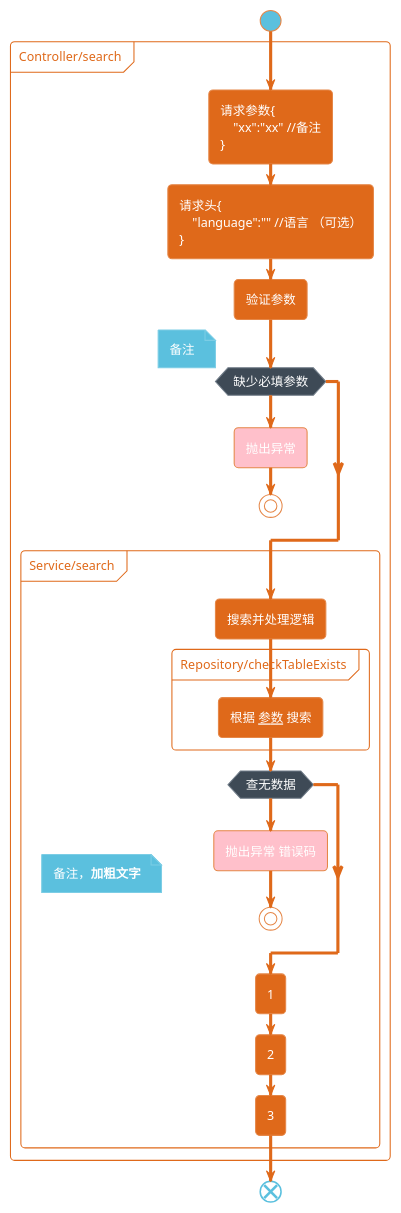
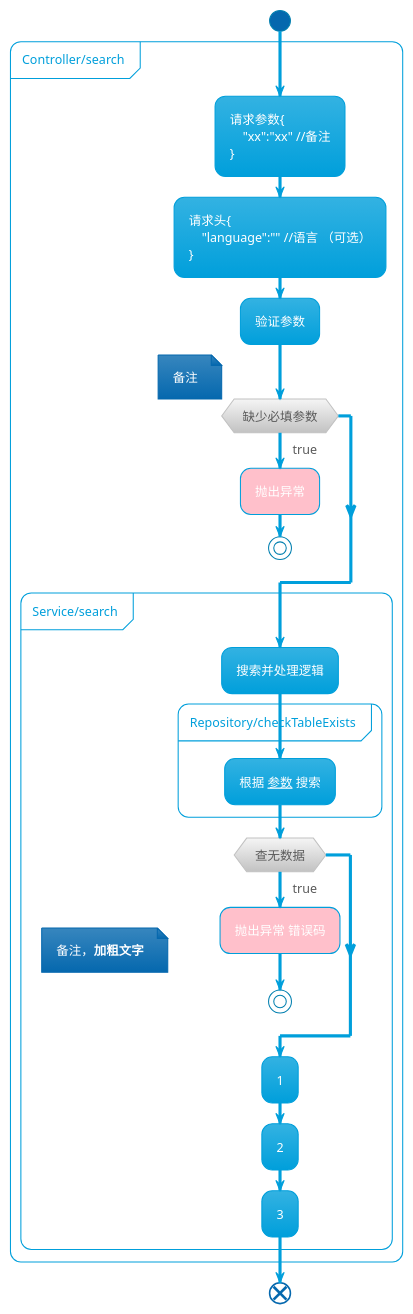
One commit to Nick233333/uml changed the first of 2 diagrams in 活动图.puml. Above: the diagram before and after it, drawn with PlantUML. The commit also changed 1 other file, not shown here.

```diff
--- a/活动图.puml
+++ b/活动图.puml
@@ -2,37 +2,37 @@
     @startuml
-    !theme superhero
+    !theme bluegray
         start
             partition Controller/search {
                 :请求参数{
                     "xx":"xx" //备注
                 };
                 :请求头{
                     "language":"" //语言 （可选）
                 };
                 :验证参数;
                 if(缺少必填参数) then (true)
                 note right: 备注
                         #pink:抛出异常;
                         stop
                     endif
                 partition Service/search {
                     note left: 备注，**加粗文字**
                     :搜索并处理逻辑;
 
                     partition Repository/checkTableExists {
                         :根据 <u>参数</u> 搜索;
                     }
 
                     if(查无数据) then (true)
                         #pink:抛出异常 错误码;
                         stop
                     endif
 
                     :1;
                     :2;
                     :3;
 
                 }
             }
         end
     @enduml
```
